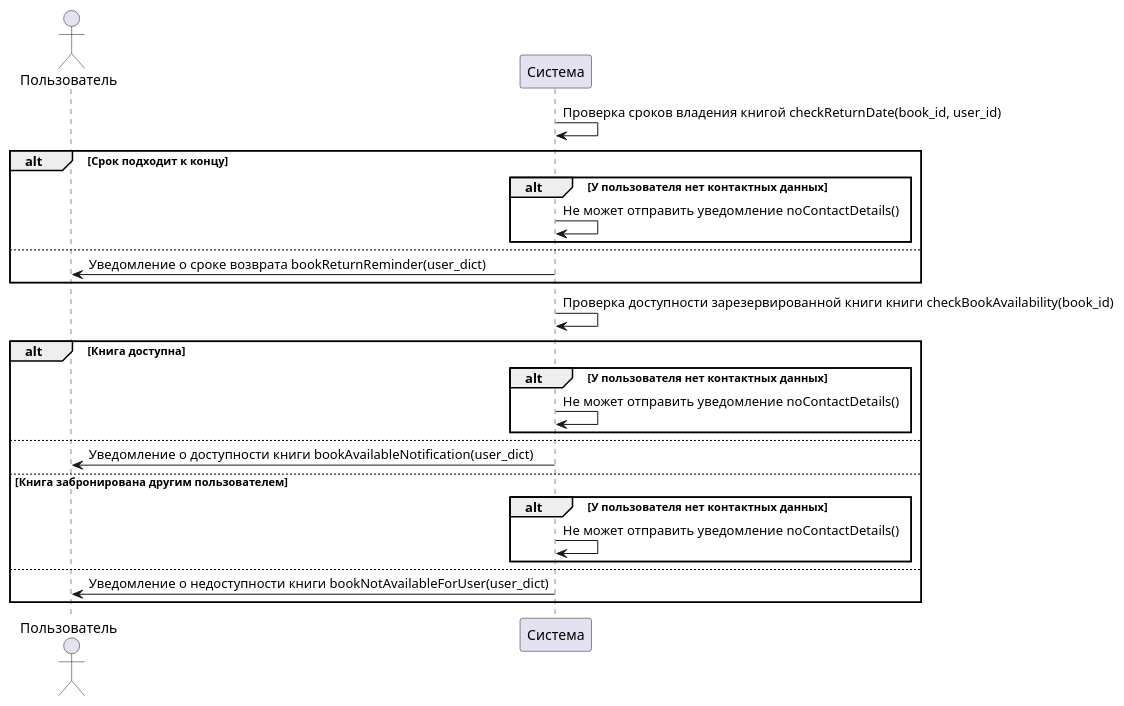
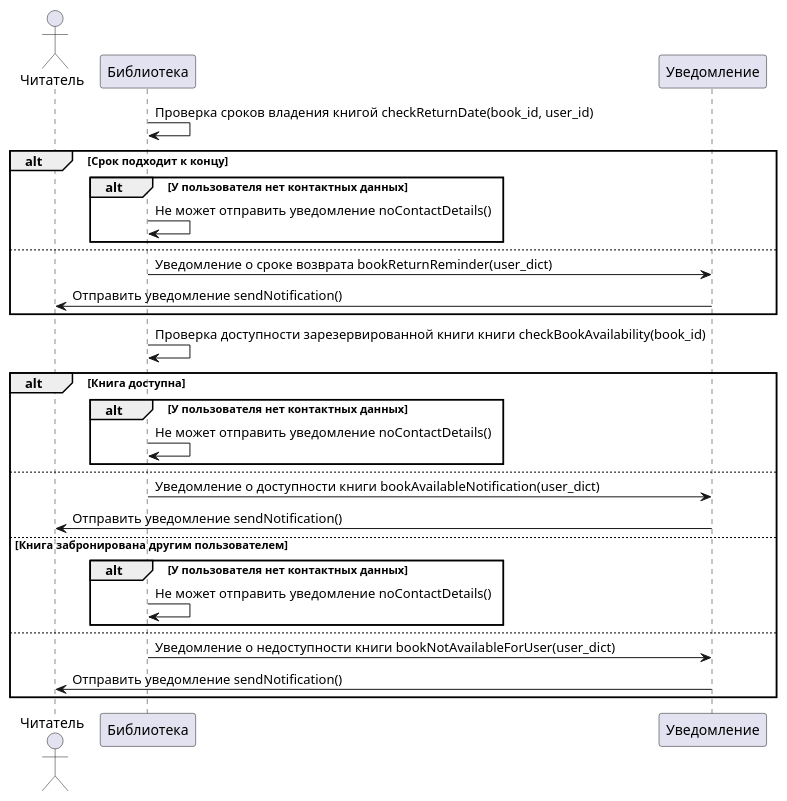
The diagram in Theory/Прецеденты/Уведомление/Уведомление uml.md (penamarth/bsbo-03-22_team1_var2), drawn with PlantUML before and after one commit.

Commit message:
Update Уведомление uml.md

```diff
--- a/Theory/Прецеденты/Уведомление/Уведомление uml.md
+++ b/Theory/Прецеденты/Уведомление/Уведомление uml.md
@@ -1,35 +1,34 @@
 @startuml
 
-actor Пользователь
-participant Система
+actor Читатель
+participant Библиотека
+participant Уведомление
 
-Система -> Система : Проверка сроков владения книгой checkReturnDate(book_id, user_id)
+Библиотека -> Библиотека : Проверка сроков владения книгой checkReturnDate(book_id, user_id)
 alt Срок подходит к концу
     alt У пользователя нет контактных данных
-      Система -> Система : Не может отправить уведомление noContactDetails()
+      Библиотека -> Библиотека : Не может отправить уведомление noContactDetails()
     end
     else
-      Система -> Пользователь : Уведомление о сроке возврата bookReturnReminder(user_dict)
-    
+      Библиотека -> Уведомление : Уведомление о сроке возврата bookReturnReminder(user_dict)
+      Уведомление -> Читатель : Отправить уведомление sendNotification()
 end
-
-
-Система -> Система : Проверка доступности зарезервированной книги книги checkBookAvailability(book_id)
+Библиотека -> Библиотека : Проверка доступности зарезервированной книги книги checkBookAvailability(book_id)
 alt Книга доступна
     alt У пользователя нет контактных данных
-      Система -> Система : Не может отправить уведомление noContactDetails()
+        Библиотека -> Библиотека : Не может отправить уведомление noContactDetails()
     end
     else
-      Система -> Пользователь : Уведомление о доступности книги bookAvailableNotification(user_dict)
-
+       Библиотека -> Уведомление : Уведомление о доступности книги bookAvailableNotification(user_dict)
+       Уведомление -> Читатель : Отправить уведомление sendNotification()
 else Книга забронирована другим пользователем
      alt У пользователя нет контактных данных
-      Система -> Система : Не может отправить уведомление noContactDetails()
+      Библиотека -> Библиотека : Не может отправить уведомление noContactDetails()
     end
     else
-    Система -> Пользователь : Уведомление о недоступности книги bookNotAvailableForUser(user_dict)
-
+    Библиотека -> Уведомление : Уведомление о недоступности книги bookNotAvailableForUser(user_dict)
+    Уведомление -> Читатель : Отправить уведомление sendNotification()
 end
 
 
 @enduml
```
